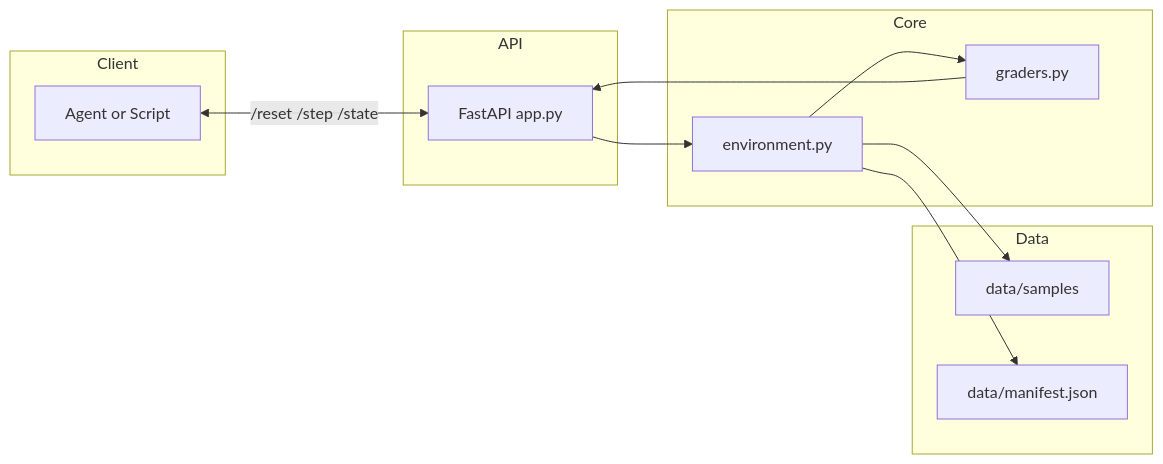
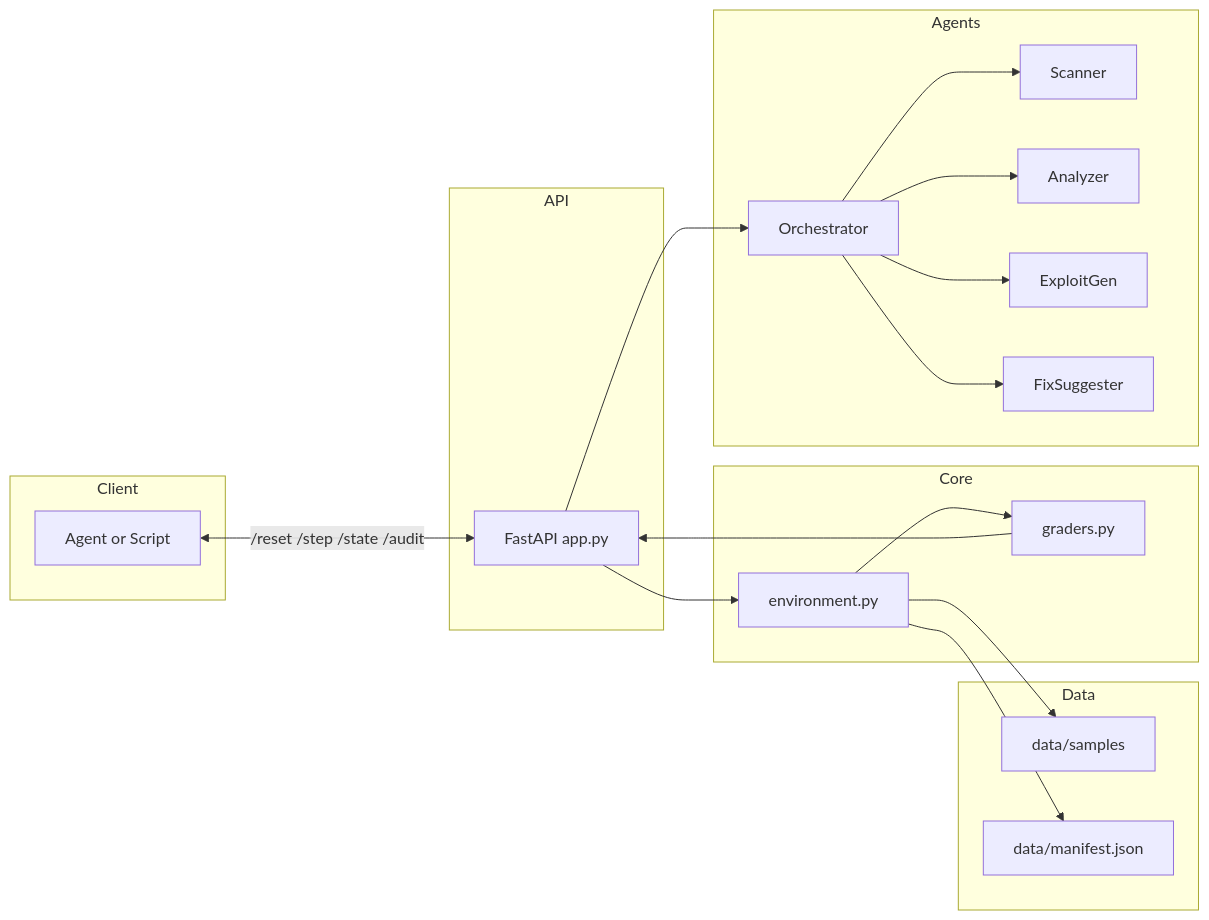
One commit to tanaymitra54/solidity_guard_razorpay changed the diagram in README.md. Above: the diagram before and after it, drawn with Mermaid. The commit also changed other lines of this file and 14 other files, not shown here.

````diff
--- a/README.md
+++ b/README.md
@@ -18,24 +18,36 @@
 ```mermaid
 flowchart LR
   subgraph Client
     A[Agent or Script]
   end
   subgraph API
     B[FastAPI app.py]
   end
   subgraph Core
     C[environment.py]
     D[graders.py]
   end
+  subgraph Agents
+    E[Scanner]
+    F[Analyzer]
+    G[ExploitGen]
+    H[FixSuggester]
+    I[Orchestrator]
+  end
   subgraph Data
-    E[data/samples]
-    F[data/manifest.json]
+    J[data/samples]
+    K[data/manifest.json]
   end
 
-  A <-->|/reset /step /state| B
+  A <-->|/reset /step /state /audit| B
   B --> C
   C --> D
-  C --> E
-  C --> F
+  C --> J
+  C --> K
   D --> B
+  B --> I
+  I --> E
+  I --> F
+  I --> G
+  I --> H
 ```
````
